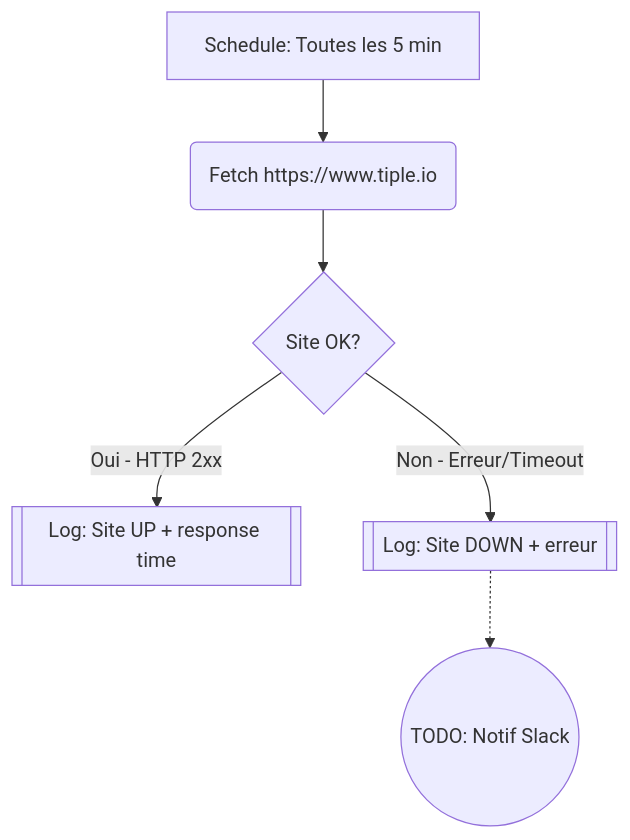
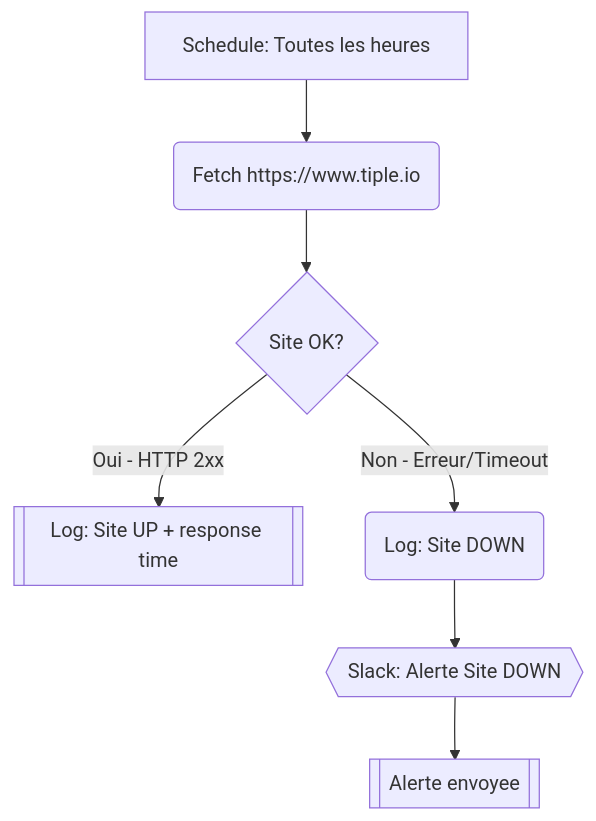
The diagram in docs/workflows/uptime-monitor.md (jean-baptiste-tiple/automations), drawn with Mermaid before and after one commit. The commit also changed other lines of this file and 5 other files, not shown here.

````diff
--- a/docs/workflows/uptime-monitor.md
+++ b/docs/workflows/uptime-monitor.md
@@ -7,8 +7,9 @@
 ```mermaid
 graph TD
-    A[Schedule: Toutes les 5 min] --> B(Fetch https://www.tiple.io)
+    A[Schedule: Toutes les heures] --> B(Fetch https://www.tiple.io)
     B --> C{Site OK?}
     C -->|Oui - HTTP 2xx| D[[Log: Site UP + response time]]
-    C -->|Non - Erreur/Timeout| E[[Log: Site DOWN + erreur]]
-    E -.-> F((TODO: Notif Slack))
+    C -->|Non - Erreur/Timeout| E(Log: Site DOWN)
+    E --> F{{Slack: Alerte Site DOWN}}
+    F --> G[[Alerte envoyee]]
 ```
````
